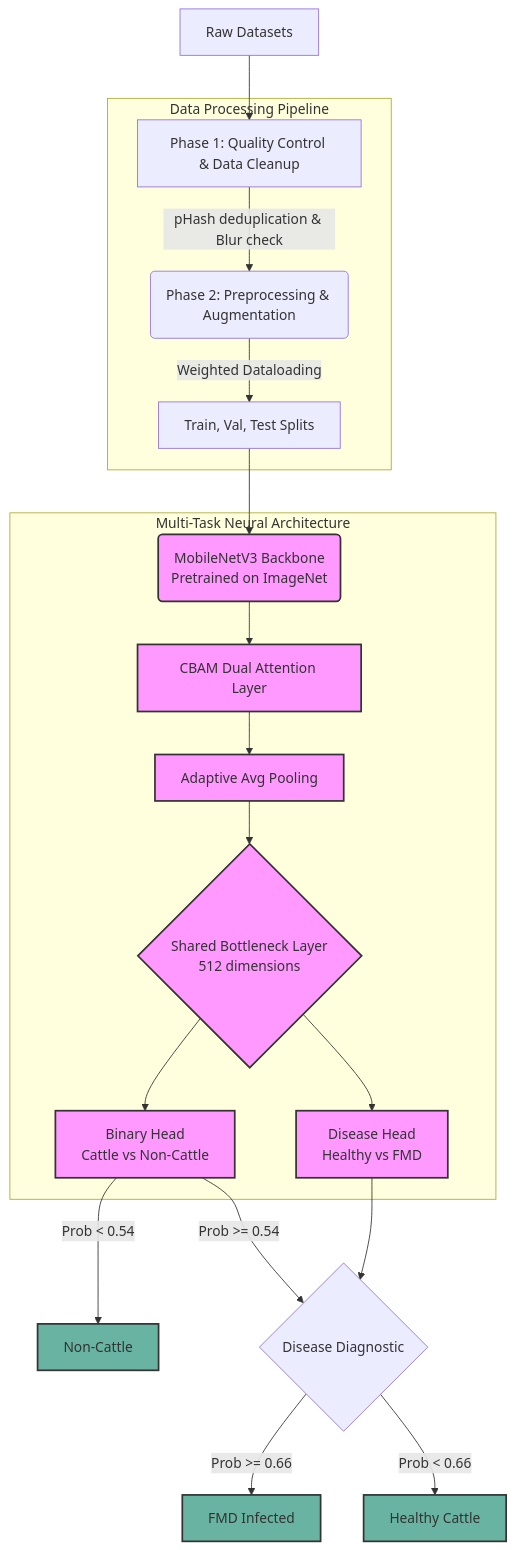
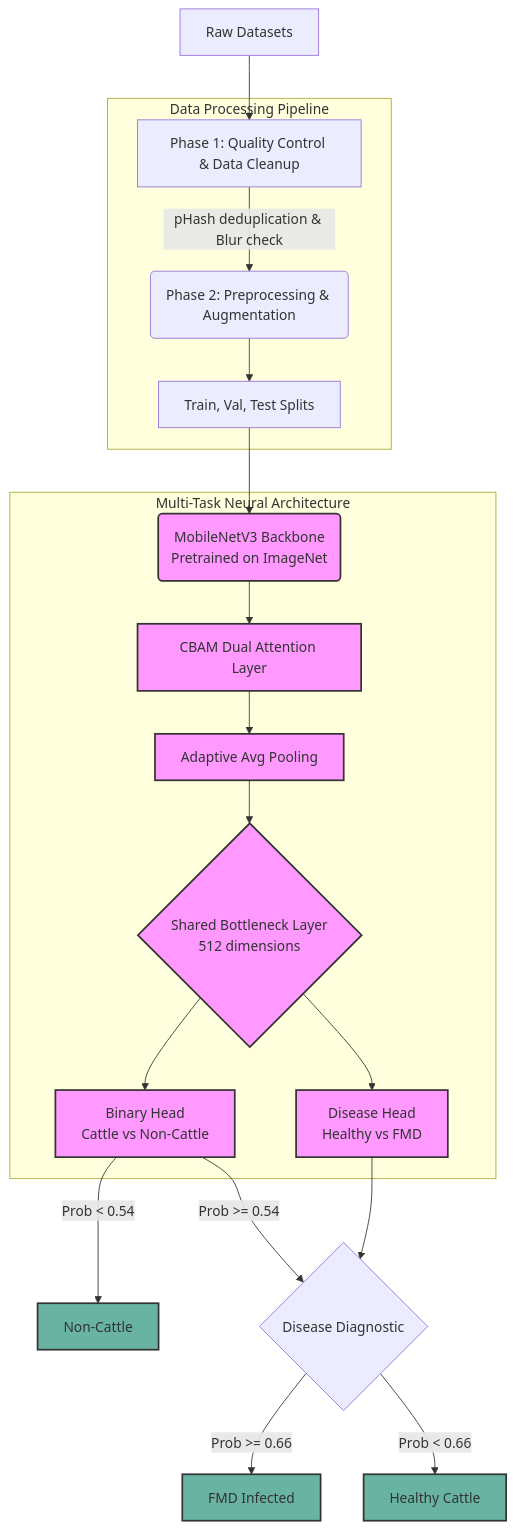
Before and after one commit to Tetricia805/Model-training-and-testing: the diagram in README.md, drawn with Mermaid.

Commit message:
Fix formatting in README for data processing pipeline

````diff
--- a/README.md
+++ b/README.md
@@ -18,31 +18,31 @@
 ```mermaid
 graph TD
     A[Raw Datasets] --> B[Phase 1: Quality Control & Data Cleanup]
     subgraph Data Processing Pipeline
         B --> |pHash deduplication & Blur check| C(Phase 2: Preprocessing & Augmentation)
-        C --> |Weighted Dataloading| D[Train, Val, Test Splits]
+        C --> D[Train, Val, Test Splits]
     end
 
     D --> E(MobileNetV3 Backbone \n Pretrained on ImageNet)
     
     subgraph Multi-Task Neural Architecture
         E --> F[CBAM Dual Attention Layer]
         F --> G[Adaptive Avg Pooling]
         G --> H{Shared Bottleneck Layer \n 512 dimensions}
         
         H --> I[Binary Head \n Cattle vs Non-Cattle]
         H --> J[Disease Head \n Healthy vs FMD]
     end
     
     I --> |Prob < 0.54| K[Non-Cattle]
     I --> |Prob >= 0.54| L{Disease Diagnostic}
     
     J --> L
     L --> |Prob >= 0.66| M[FMD Infected]
     L --> |Prob < 0.66| N[Healthy Cattle]
 
     classDef stage fill:#f9f,stroke:#333,stroke-width:2px;
     classDef output fill:#69b3a2,stroke:#333,stroke-width:2px;
     class K,M,N output;
     class E,F,G,H,I,J stage;
 ```
````
